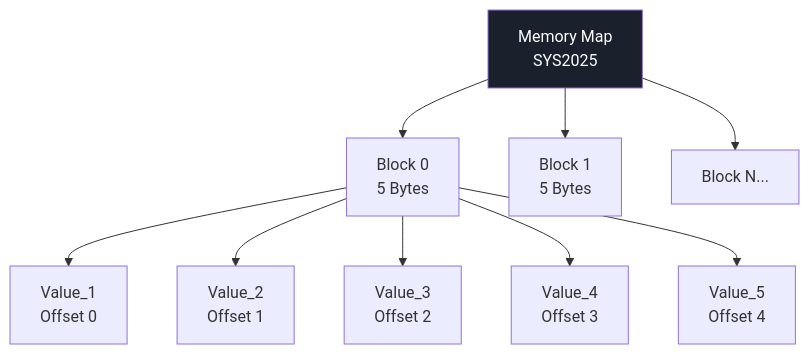
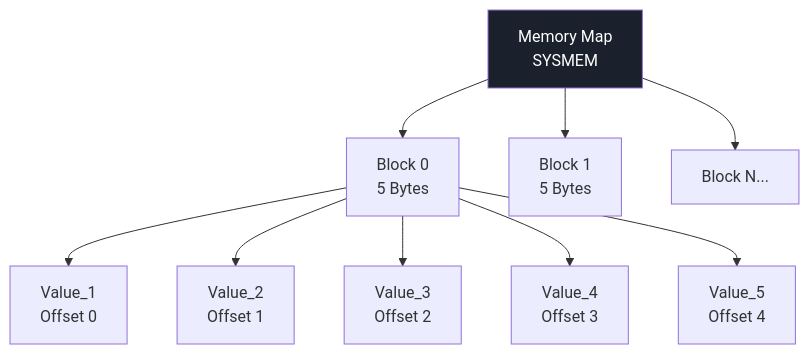
The second of 3 diagrams in dotnet-deterministic-ipc-shared-memory.md (DoubleDAmarasinghe/Industrial_Automation_Projects), drawn with Mermaid before and after one commit. The commit also changed other lines of this file, not shown here.

````diff
--- a/dotnet-deterministic-ipc-shared-memory.md
+++ b/dotnet-deterministic-ipc-shared-memory.md
@@ -82,17 +77,17 @@
 ``` mermaid
 flowchart TB
 
-    MM[Memory Map<br>SYS2025]
+    MM[Memory Map<br>SYSMEM]
 
     MM --> B0[Block 0<br>5 Bytes]
     MM --> B1[Block 1<br>5 Bytes]
     MM --> B2[Block N...]
 
     B0 --> V1[Value_1<br>Offset 0]
     B0 --> V2[Value_2<br>Offset 1]
     B0 --> V3[Value_3<br>Offset 2]
     B0 --> V4[Value_4<br>Offset 3]
     B0 --> V5[Value_5<br>Offset 4]
 
     style MM fill:#1a202c,color:#fff
 ```
````
